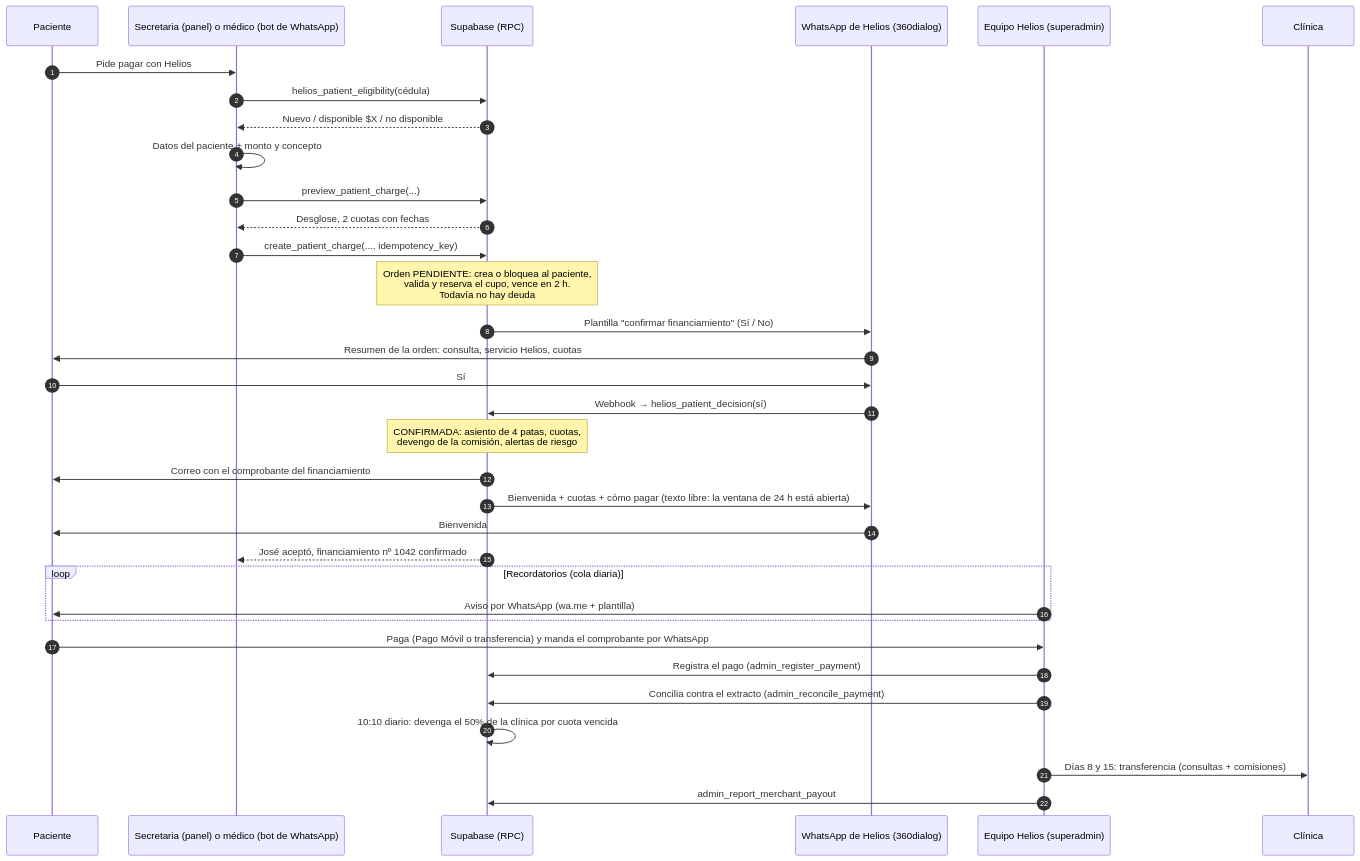
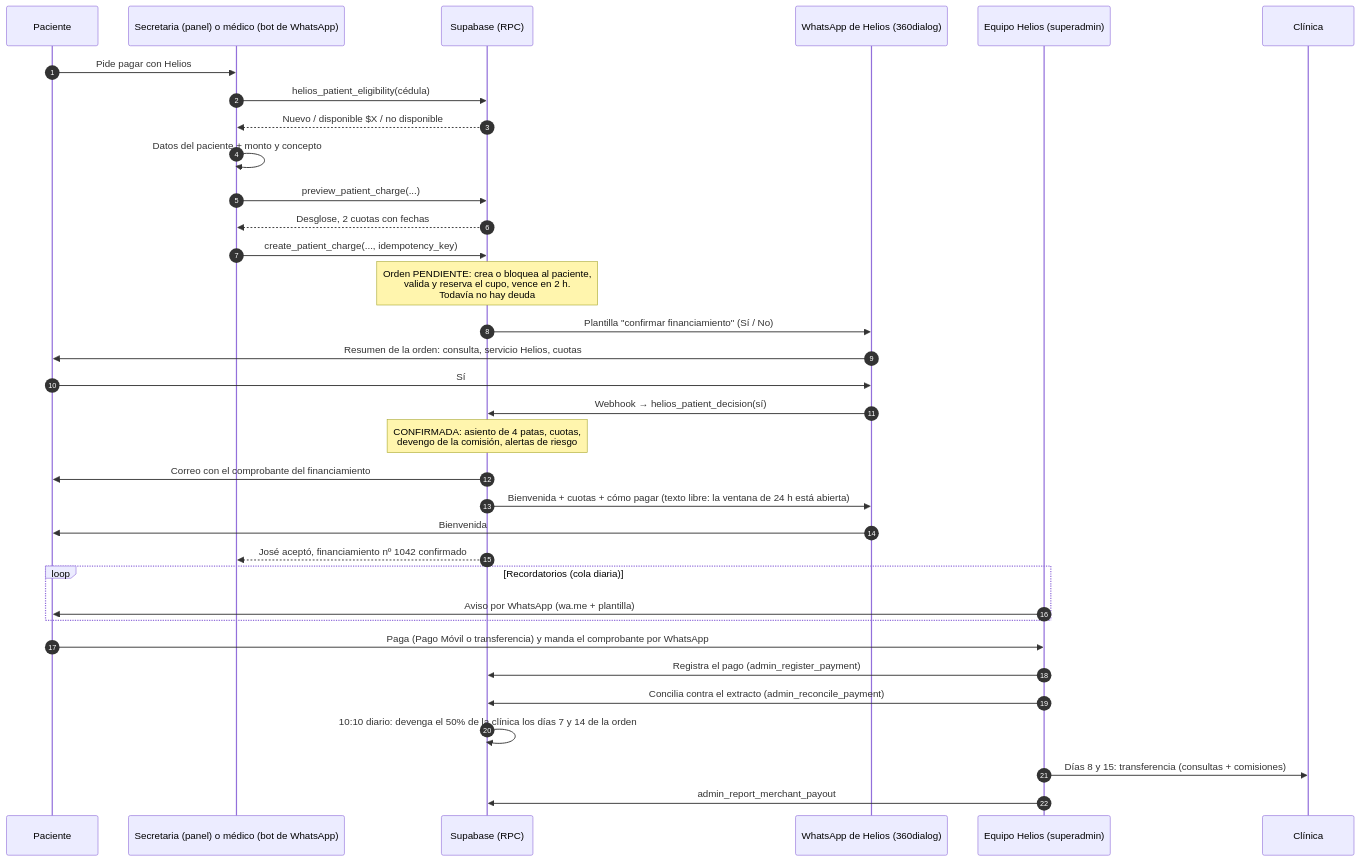
One commit to Jcarvajal3/Helios changed the first of 2 diagrams in docs/00-PLAN-DE-IMPLEMENTACION.md. Above: the diagram before and after it, drawn with Mermaid. The commit also changed other lines of this file and 85 other files, not shown here.

First line of the commit message:
Las cuotas del paciente pasan a los 14 y 28 días; el médico sigue cobrando a los 8 y 15

````diff
--- a/docs/00-PLAN-DE-IMPLEMENTACION.md
+++ b/docs/00-PLAN-DE-IMPLEMENTACION.md
@@ -121,37 +123,37 @@
 ```mermaid
 sequenceDiagram
   autonumber
   participant P as Paciente
   participant S as Secretaria (panel) o médico (bot de WhatsApp)
   participant DB as Supabase (RPC)
   participant W as WhatsApp de Helios (360dialog)
   participant H as Equipo Helios (superadmin)
   participant C as Clínica
 
   P->>S: Pide pagar con Helios
   S->>DB: helios_patient_eligibility(cédula)
   DB-->>S: Nuevo / disponible $X / no disponible
   S->>S: Datos del paciente + monto y concepto
   S->>DB: preview_patient_charge(...)
   DB-->>S: Desglose, 2 cuotas con fechas
   S->>DB: create_patient_charge(..., idempotency_key)
   Note over DB: Orden PENDIENTE: crea o bloquea al paciente,<br/>valida y reserva el cupo, vence en 2 h.<br/>Todavía no hay deuda
   DB->>W: Plantilla "confirmar financiamiento" (Sí / No)
   W->>P: Resumen de la orden: consulta, servicio Helios, cuotas
   P->>W: Sí
   W->>DB: Webhook → helios_patient_decision(sí)
   Note over DB: CONFIRMADA: asiento de 4 patas, cuotas,<br/>devengo de la comisión, alertas de riesgo
   DB->>P: Correo con el comprobante del financiamiento
   DB->>W: Bienvenida + cuotas + cómo pagar (texto libre: la ventana de 24 h está abierta)
   W->>P: Bienvenida
   DB-->>S: José aceptó, financiamiento nº 1042 confirmado
   loop Recordatorios (cola diaria)
     H->>P: Aviso por WhatsApp (wa.me + plantilla)
   end
   P->>H: Paga (Pago Móvil o transferencia) y manda el comprobante por WhatsApp
   H->>DB: Registra el pago (admin_register_payment)
   H->>DB: Concilia contra el extracto (admin_reconcile_payment)
-  DB->>DB: 10:10 diario: devenga el 50% de la clínica por cuota vencida
+  DB->>DB: 10:10 diario: devenga el 50% de la clínica los días 7 y 14 de la orden
   H->>C: Días 8 y 15: transferencia (consultas + comisiones)
   H->>DB: admin_report_merchant_payout
 ```
````
